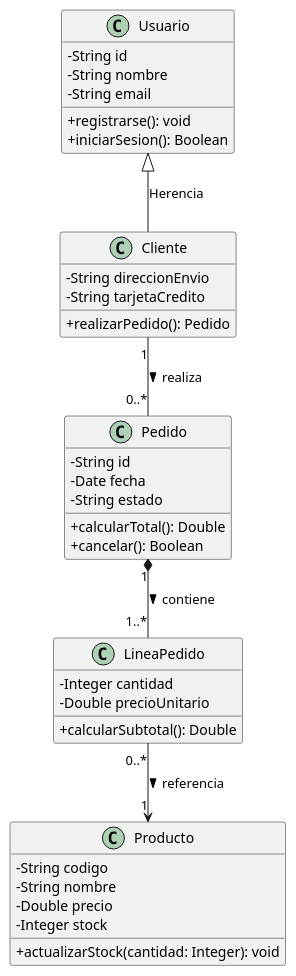
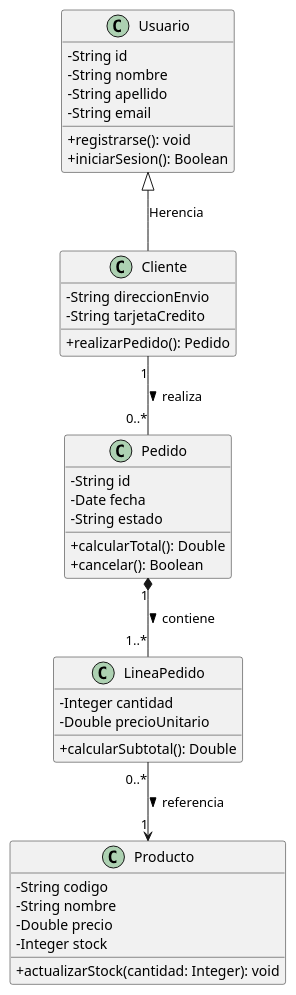
The diagram in test.puml (marvinbarrera2024/testpuml), drawn with PlantUML before and after one commit.

Commit message:
actualizacion al usuario

```diff
--- a/test.puml
+++ b/test.puml
@@ -1,48 +1,49 @@
 @startuml
 ' Configuración visual básica
 skinparam classAttributeIconSize 0
 
 ' Declaración de clases
 class Usuario {
   - String id
   - String nombre
+  - String apellido
   - String email
   + registrarse(): void
   + iniciarSesion(): Boolean
 }
 
 class Cliente {
   - String direccionEnvio
   - String tarjetaCredito
   + realizarPedido(): Pedido
 }
 
 class Pedido {
   - String id
   - Date fecha
   - String estado
   + calcularTotal(): Double
   + cancelar(): Boolean
 }
 
 class LineaPedido {
   - Integer cantidad
   - Double precioUnitario
   + calcularSubtotal(): Double
 }
 
 class Producto {
   - String codigo
   - String nombre
   - Double precio
   - Integer stock
   + actualizarStock(cantidad: Integer): void
 }
 
 ' Relaciones entre clases
 Usuario <|-- Cliente : Herencia
 Cliente "1" -- "0..*" Pedido : realiza >
 Pedido "1" *-- "1..*" LineaPedido : contiene >
 LineaPedido "0..*" --> "1" Producto : referencia >
 
 @enduml
```
